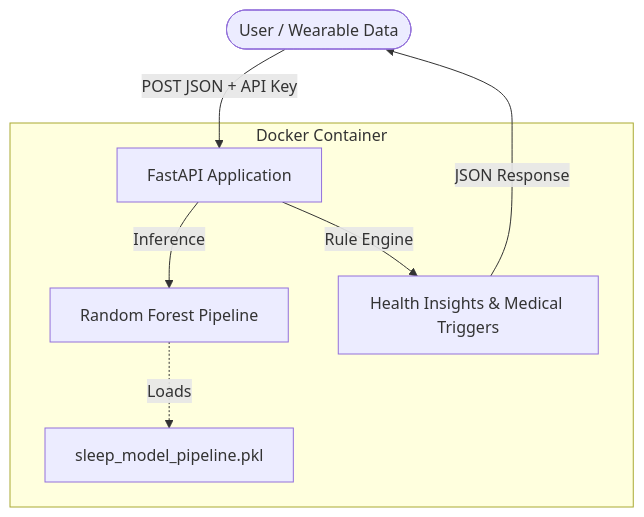
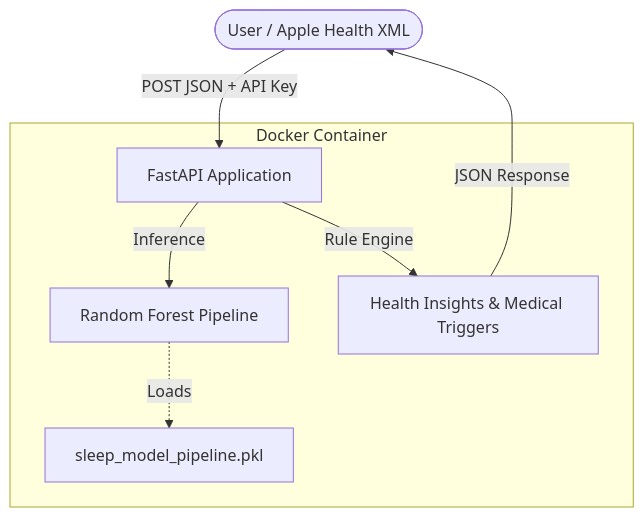
Before and after one commit to kevinhust/aig200-capstone-assignment: the diagram in Final_Project_Report.md, drawn with Mermaid. The commit also changed other lines of this file and 4 other files, not shown here.

Commit message:
Refocus project exclusively on Apple Health data source: updated reports, API disclaimer, and documentation

````diff
--- a/Final_Project_Report.md
+++ b/Final_Project_Report.md
@@ -34,10 +34,10 @@
 ```mermaid
 graph TD
-    User([User / Wearable Data]) --> |POST JSON + API Key| API[FastAPI Application]
+    User([User / Apple Health XML]) --> |POST JSON + API Key| API[FastAPI Application]
     subgraph "Docker Container"
         API --> |Inference| Model[Random Forest Pipeline]
         Model -.-> |Loads| Artifacts[sleep_model_pipeline.pkl]
         API --> |Rule Engine| Insights[Health Insights & Medical Triggers]
     end
     Insights --> |JSON Response| User
 ```
````
